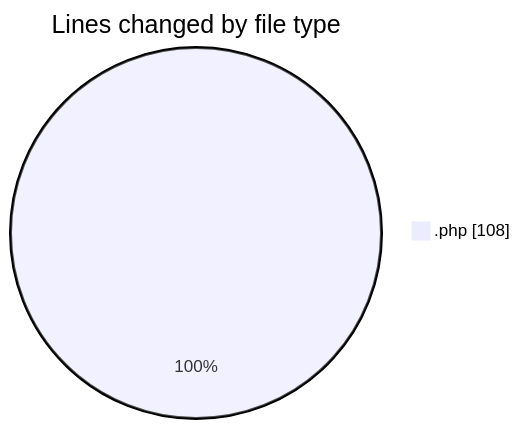
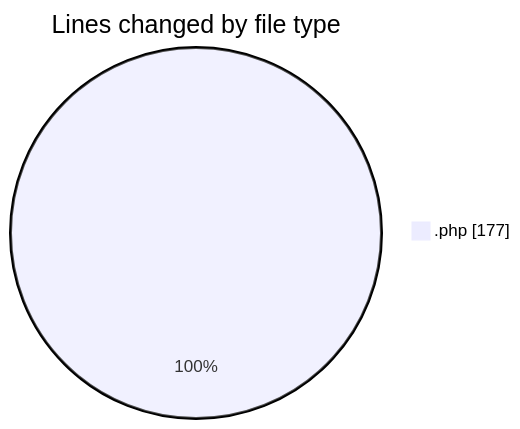
One commit to idhammustaqopulfikri/code-tracking changed the first of 2 diagrams in 2025-06-02/studio-backend/README.md. Above: the diagram before and after it, drawn with Mermaid. The commit also changed other lines of this file and 1 other file, not shown here.

````diff
--- a/2025-06-02/studio-backend/README.md
+++ b/2025-06-02/studio-backend/README.md
@@ -21,5 +22,5 @@
 ```mermaid
 pie showData
 title Lines changed by file type
-".php" : 108
+".php" : 177
 ```
````
